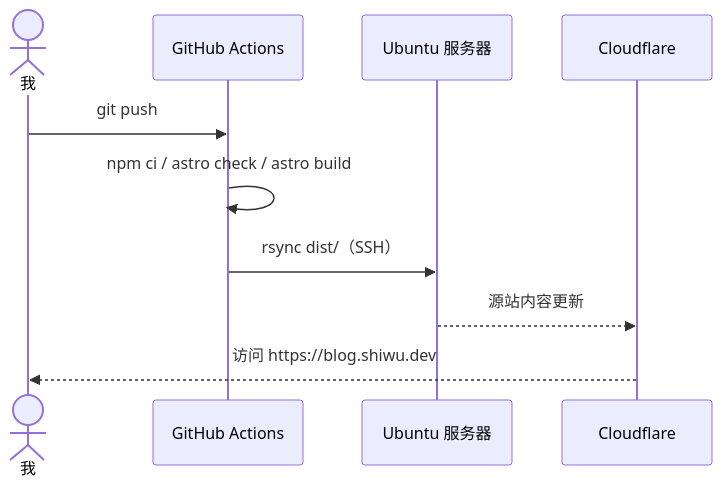
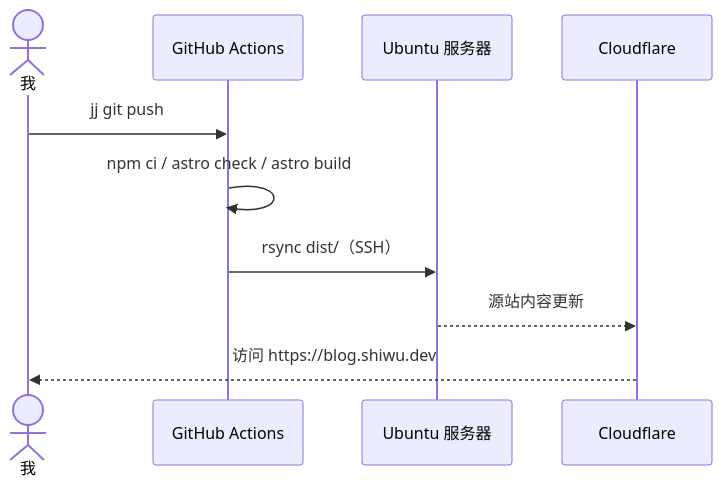
Before and after one commit to shiwu84/blog: the second of 2 diagrams in src/content/blog/deploy-blog-with-ai.md, drawn with Mermaid. The commit also changed other lines of this file and 1 other file, not shown here.

````diff
--- a/src/content/blog/deploy-blog-with-ai.md
+++ b/src/content/blog/deploy-blog-with-ai.md
@@ -168,12 +170,12 @@
 ```mermaid
 sequenceDiagram
     actor Me as 我
     participant GH as GitHub Actions
     participant Server as Ubuntu 服务器
     participant CF as Cloudflare
-    Me->>GH: git push
+    Me->>GH: jj git push
     GH->>GH: npm ci / astro check / astro build
     GH->>Server: rsync dist/（SSH）
     Server-->>CF: 源站内容更新
     CF-->>Me: 访问 https://blog.shiwu.dev
 ```
````
